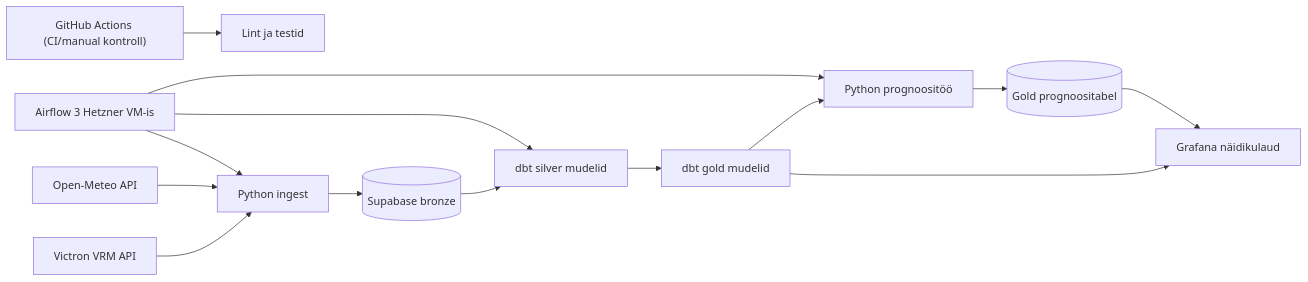
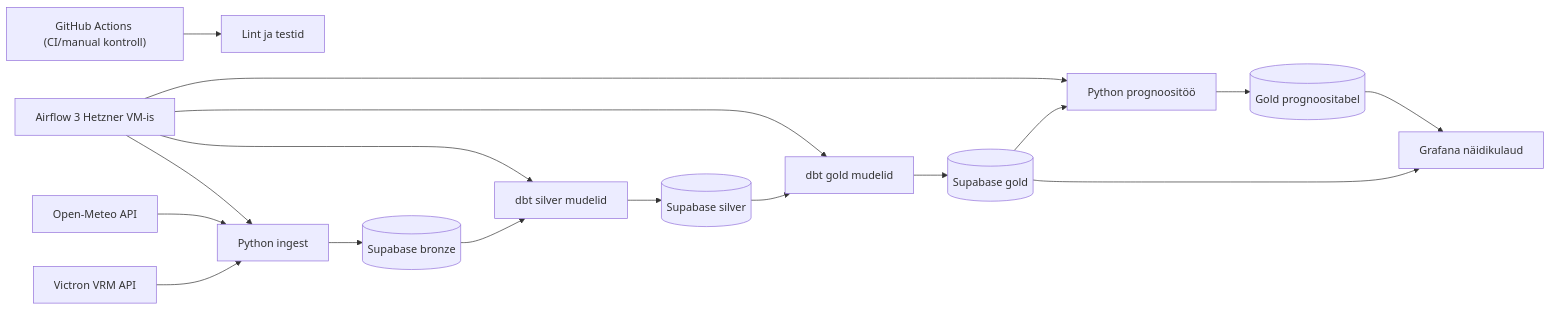
Before and after one commit to jooseprooso/ut-solar-energy-analytics-platform: the diagram in docs/arhitektuur.md, drawn with Mermaid.

Commit message:
Show dbt transforms and DB layers in architecture diagram.
This keeps dbt explicit in the flow while rendering silver and gold as database layers to clarify where transformed data is stored.

````diff
--- a/docs/arhitektuur.md
+++ b/docs/arhitektuur.md
@@ -15,16 +15,19 @@
 ```mermaid
 flowchart LR
     vrmApi[Victron VRM API] --> ingestLayer[Python ingest]
     meteoApi[Open-Meteo API] --> ingestLayer
     ingestLayer --> bronze[(Supabase bronze)]
-    bronze --> silver[dbt silver mudelid]
-    silver --> gold[dbt gold mudelid]
+    bronze --> dbtSilver[dbt silver mudelid]
+    dbtSilver --> silver[(Supabase silver)]
+    silver --> dbtGold[dbt gold mudelid]
+    dbtGold --> gold[(Supabase gold)]
     gold --> grafana[Grafana näidikulaud]
     gold --> forecastJob[Python prognoositöö]
     forecastJob --> forecastTable[(Gold prognoositabel)]
     forecastTable --> grafana
     airflow[Airflow 3 Hetzner VM-is] --> ingestLayer
-    airflow --> silver
+    airflow --> dbtSilver
+    airflow --> dbtGold
     airflow --> forecastJob
     gha["GitHub Actions (CI/manual kontroll)"] --> ciChecks["Lint ja testid"]
 ```
````
